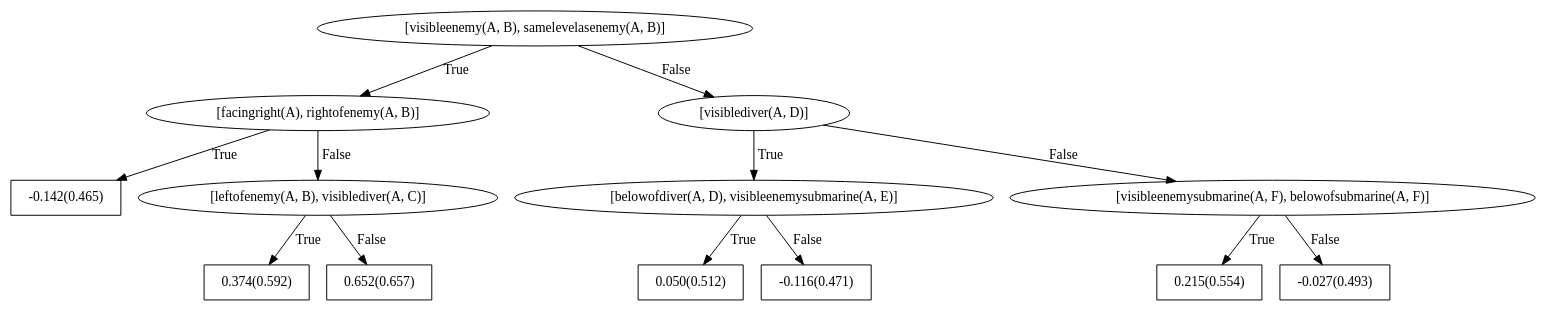
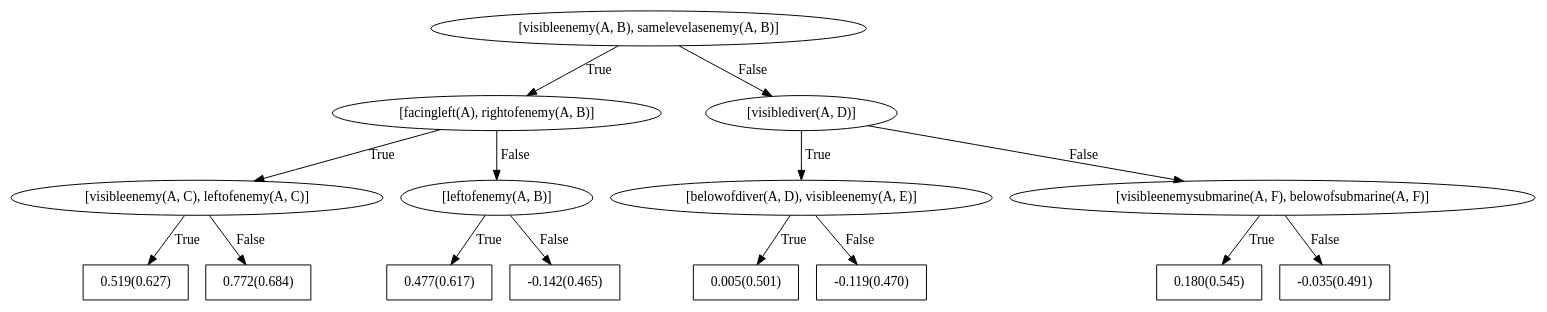
One commit to nikhileshp/NeSY-Imitation-Learning changed the diagram in rdn_models/seaquest/weighted_1object_negpos_2_trees_1_depth_2/fire/bRDNs/dotFiles/WILLTreeFor_fire0.dot. Above: the diagram before and after it, drawn with Graphviz. The commit also changed 481 other files, not shown here.

```diff
--- a/rdn_models/seaquest/weighted_1object_negpos_2_trees_1_depth_2/fire/bRDNs/dotFiles/WILLTreeFor_fire0.dot
+++ b/rdn_models/seaquest/weighted_1object_negpos_2_trees_1_depth_2/fire/bRDNs/dotFiles/WILLTreeFor_fire0.dot
@@ -1,27 +1,31 @@
 digraph G{ 
 1[label = "[visibleenemy(A, B), samelevelasenemy(A, B)]"];
 1 -> 2[label="True"];
 1 -> 3[label="False"];
-2[label = "[facingright(A), rightofenemy(A, B)]"];
+2[label = "[facingleft(A), rightofenemy(A, B)]"];
 2 -> 4[label="True"];
 2 -> 5[label="False"];
-4[shape = box,label = "-0.142(0.465)"];
-5[label = "[leftofenemy(A, B), visiblediver(A, C)]"];
-5 -> 6[label="True"];
-5 -> 7[label="False"];
-6[shape = box,label = "0.374(0.592)"];
-7[shape = box,label = "0.652(0.657)"];
+4[label = "[visibleenemy(A, C), leftofenemy(A, C)]"];
+4 -> 6[label="True"];
+4 -> 7[label="False"];
+6[shape = box,label = "0.519(0.627)"];
+7[shape = box,label = "0.772(0.684)"];
+5[label = "[leftofenemy(A, B)]"];
+5 -> 8[label="True"];
+5 -> 9[label="False"];
+8[shape = box,label = "0.477(0.617)"];
+9[shape = box,label = "-0.142(0.465)"];
 3[label = "[visiblediver(A, D)]"];
-3 -> 8[label="True"];
-3 -> 9[label="False"];
-8[label = "[belowofdiver(A, D), visibleenemysubmarine(A, E)]"];
-8 -> 10[label="True"];
-8 -> 11[label="False"];
-10[shape = box,label = "0.050(0.512)"];
-11[shape = box,label = "-0.116(0.471)"];
-9[label = "[visibleenemysubmarine(A, F), belowofsubmarine(A, F)]"];
-9 -> 12[label="True"];
-9 -> 13[label="False"];
-12[shape = box,label = "0.215(0.554)"];
-13[shape = box,label = "-0.027(0.493)"];
+3 -> 10[label="True"];
+3 -> 11[label="False"];
+10[label = "[belowofdiver(A, D), visibleenemy(A, E)]"];
+10 -> 12[label="True"];
+10 -> 13[label="False"];
+12[shape = box,label = "0.005(0.501)"];
+13[shape = box,label = "-0.119(0.470)"];
+11[label = "[visibleenemysubmarine(A, F), belowofsubmarine(A, F)]"];
+11 -> 14[label="True"];
+11 -> 15[label="False"];
+14[shape = box,label = "0.180(0.545)"];
+15[shape = box,label = "-0.035(0.491)"];
 }
```
